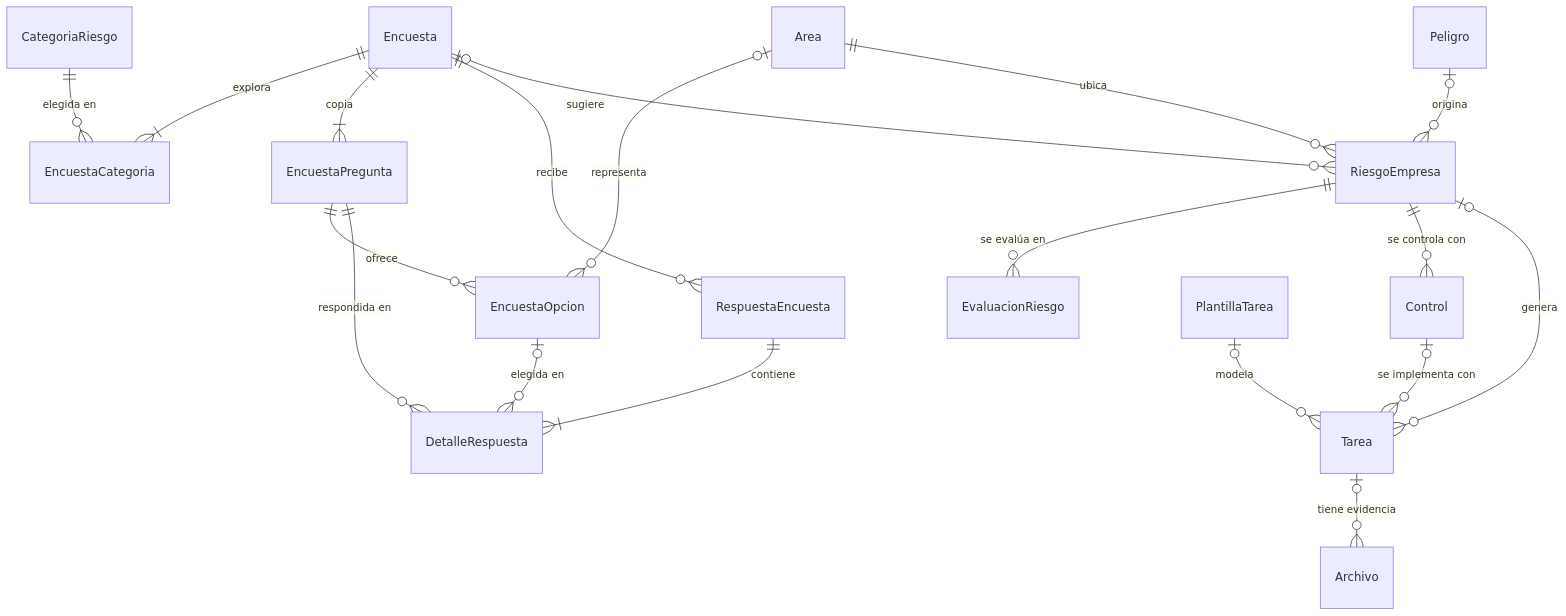
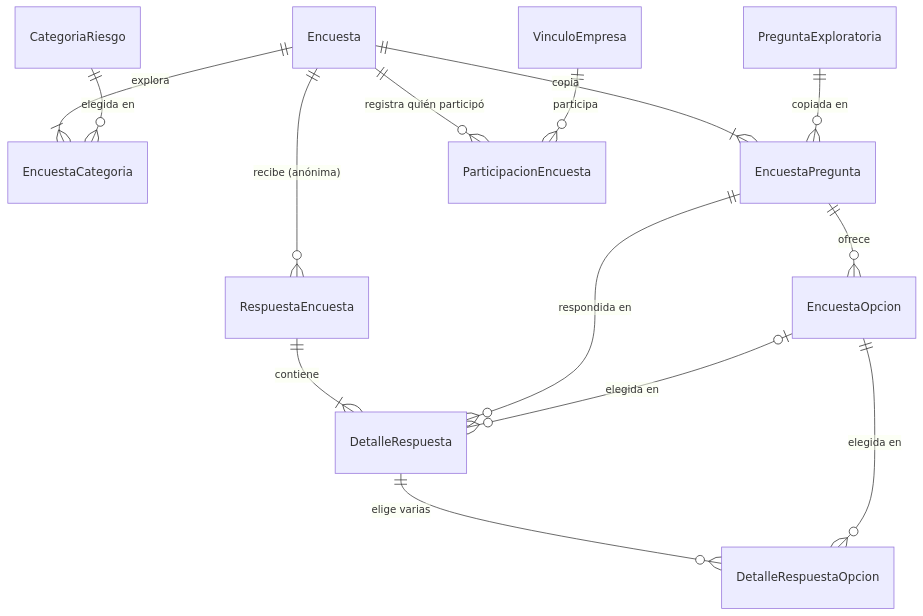
One commit to ddestephen/Sistemas-Expertos changed the second of 4 diagrams in 12-modelo-datos.md. Above: the diagram before and after it, drawn with Mermaid. The commit also changed other lines of this file and 15 other files, not shown here.

````diff
--- a/12-modelo-datos.md
+++ b/12-modelo-datos.md
@@ -114,21 +114,16 @@
 ```mermaid
 erDiagram
     Encuesta ||--|{ EncuestaCategoria : "explora"
     CategoriaRiesgo ||--o{ EncuestaCategoria : "elegida en"
     Encuesta ||--|{ EncuestaPregunta : "copia"
+    PreguntaExploratoria ||--o{ EncuestaPregunta : "copiada en"
     EncuestaPregunta ||--o{ EncuestaOpcion : "ofrece"
-    Area |o--o{ EncuestaOpcion : "representa"
-    Encuesta ||--o{ RespuestaEncuesta : "recibe"
+    Encuesta ||--o{ ParticipacionEncuesta : "registra quién participó"
+    VinculoEmpresa ||--o{ ParticipacionEncuesta : "participa"
+    Encuesta ||--o{ RespuestaEncuesta : "recibe (anónima)"
     RespuestaEncuesta ||--|{ DetalleRespuesta : "contiene"
     EncuestaPregunta ||--o{ DetalleRespuesta : "respondida en"
     EncuestaOpcion |o--o{ DetalleRespuesta : "elegida en"
-    Encuesta |o--o{ RiesgoEmpresa : "sugiere"
-    Peligro |o--o{ RiesgoEmpresa : "origina"
-    Area ||--o{ RiesgoEmpresa : "ubica"
-    RiesgoEmpresa ||--o{ EvaluacionRiesgo : "se evalúa en"
-    RiesgoEmpresa ||--o{ Control : "se controla con"
-    RiesgoEmpresa |o--o{ Tarea : "genera"
-    Control |o--o{ Tarea : "se implementa con"
-    PlantillaTarea |o--o{ Tarea : "modela"
-    Tarea |o--o{ Archivo : "tiene evidencia"
+    DetalleRespuesta ||--o{ DetalleRespuestaOpcion : "elige varias"
+    EncuestaOpcion ||--o{ DetalleRespuestaOpcion : "elegida en"
 ```
````
